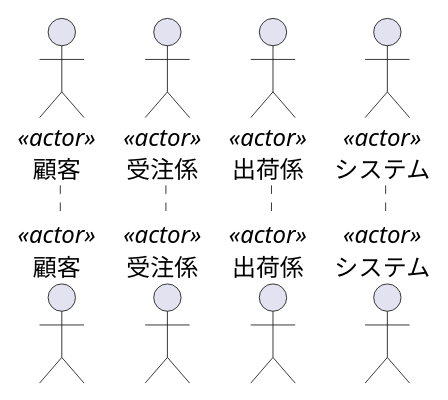
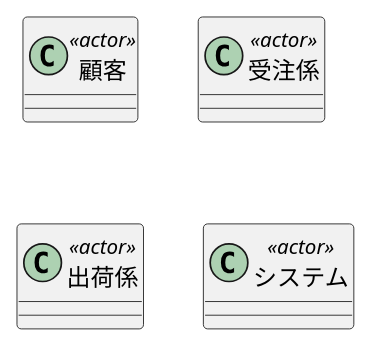
The second of 6 diagrams in uml-workflow-v3/references/usecase-to-class-v1/PIPELINE.md (atanaka/uml-workflow-v3), drawn with PlantUML before and after one commit. The commit also changed other lines of this file and 2 other files, not shown here.

````diff
--- a/uml-workflow-v3/references/usecase-to-class-v1/PIPELINE.md
+++ b/uml-workflow-v3/references/usecase-to-class-v1/PIPELINE.md
@@ -400,6 +403,6 @@
 ```plantuml
-actor 顧客 <<actor>>
-actor 受注係 <<actor>>
-actor 出荷係 <<actor>>
-actor システム <<actor>>
+class 顧客 <<actor>>
+class 受注係 <<actor>>
+class 出荷係 <<actor>>
+class システム <<actor>>
 ```
````
